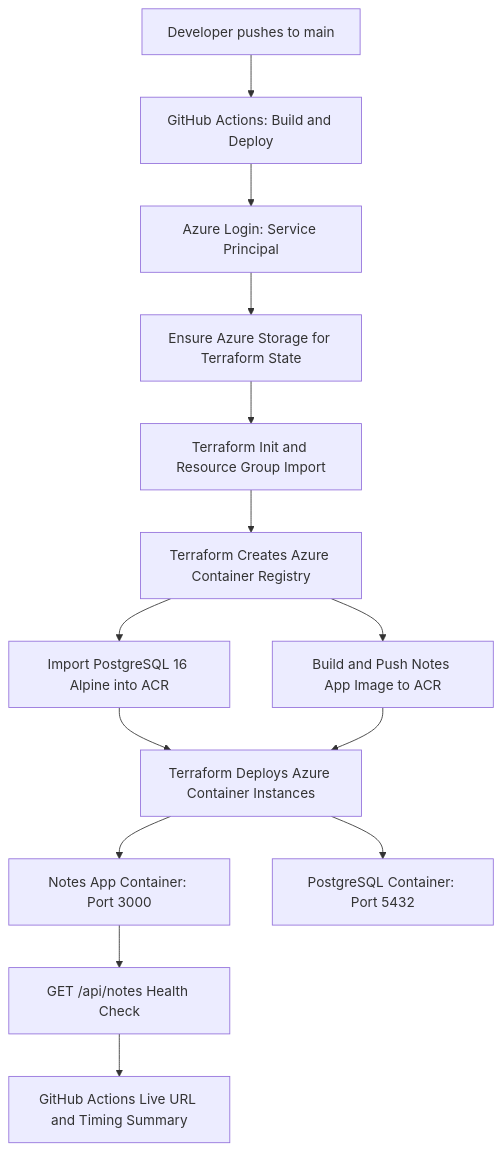
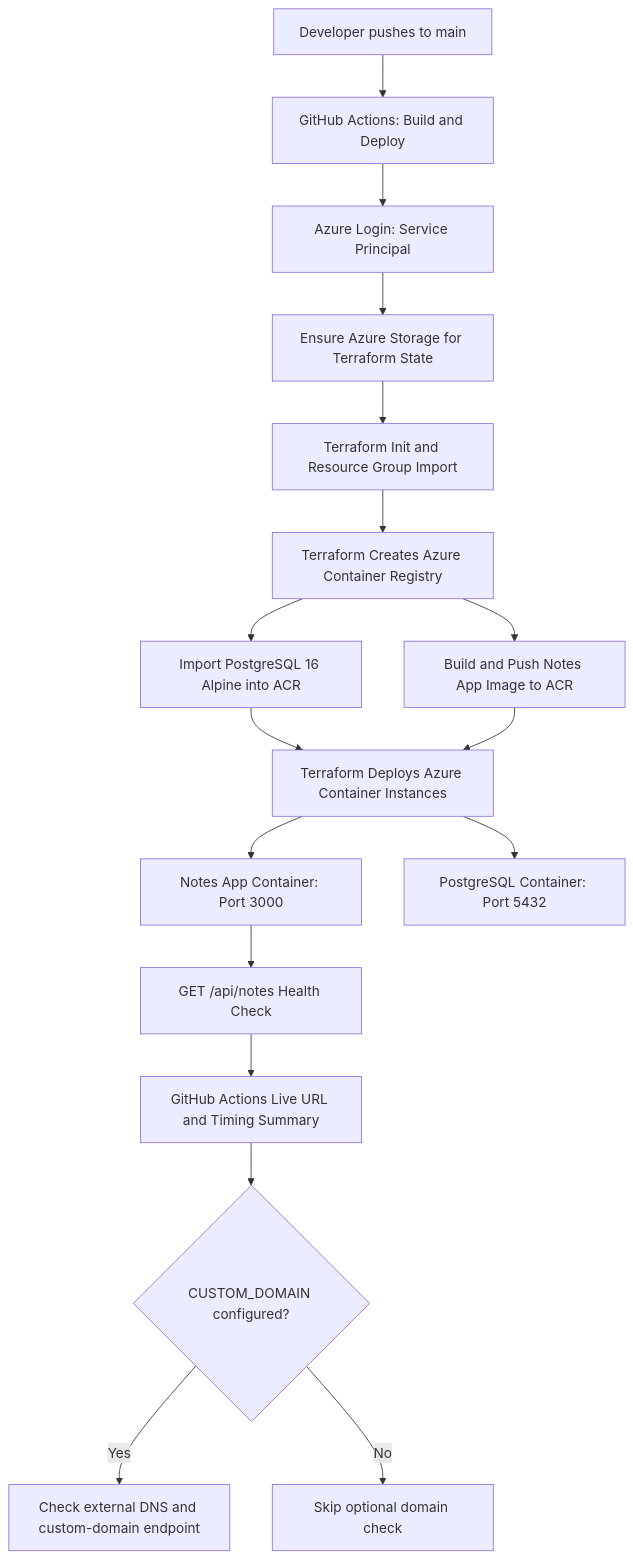
Before and after one commit to 4thman/group-project: the diagram in README.md, drawn with Mermaid. The commit also changed other lines of this file, not shown here.

First line of the commit message:
Enhance README with custom domain verification details

````diff
--- a/README.md
+++ b/README.md
@@ -15,16 +15,19 @@
 ```mermaid
 flowchart TD
     A[Developer pushes to main] --> B[GitHub Actions: Build and Deploy]
     B --> C[Azure Login: Service Principal]
     C --> D[Ensure Azure Storage for Terraform State]
     D --> E[Terraform Init and Resource Group Import]
     E --> F[Terraform Creates Azure Container Registry]
     F --> G[Import PostgreSQL 16 Alpine into ACR]
     F --> H[Build and Push Notes App Image to ACR]
     G --> I[Terraform Deploys Azure Container Instances]
     H --> I
     I --> J[Notes App Container: Port 3000]
     I --> K[PostgreSQL Container: Port 5432]
     J --> L[GET /api/notes Health Check]
     L --> M[GitHub Actions Live URL and Timing Summary]
+    M --> N{CUSTOM_DOMAIN configured?}
+    N -->|Yes| O[Check external DNS and custom-domain endpoint]
+    N -->|No| P[Skip optional domain check]
 ```
````
